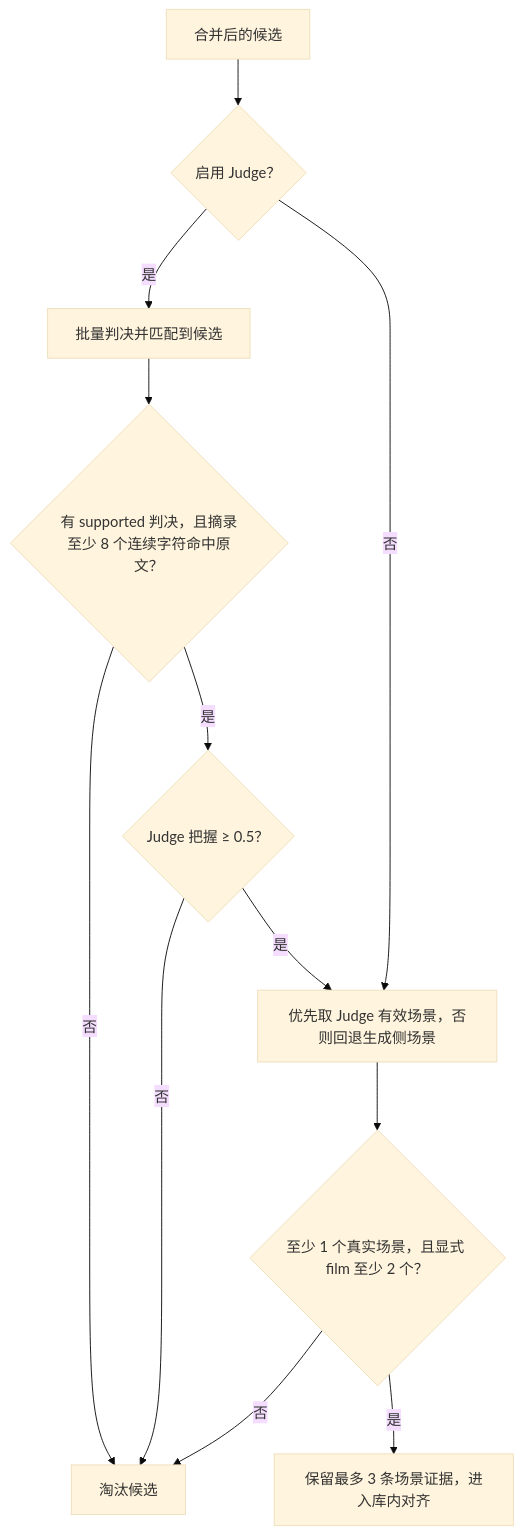
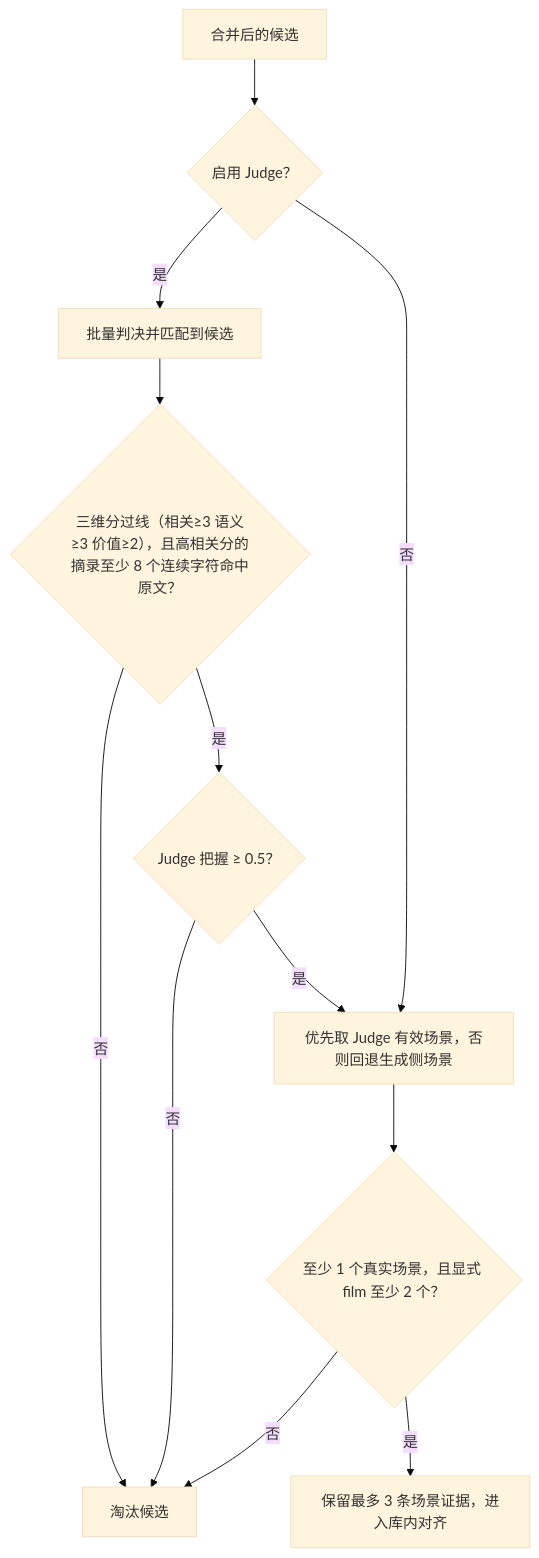
One commit to morning-gu/intelligent-tag-platform changed the second of 3 diagrams in docs/open-tag-generation.md. Above: the diagram before and after it, drawn with Mermaid (base theme). The commit also changed other lines of this file and 2 other files, not shown here.

````diff
--- a/docs/open-tag-generation.md
+++ b/docs/open-tag-generation.md
@@ -111,14 +112,14 @@
 ```mermaid
 flowchart TD
     A["合并后的候选"] --> B{"启用 Judge？"}
     B -->|是| C["批量判决并匹配到候选"]
-    C --> D{"有 supported 判决，且摘录至少 8 个连续字符命中原文？"}
+    C --> D{"三维分过线（相关≥3 语义≥3 价值≥2），且高相关分的摘录至少 8 个连续字符命中原文？"}
     D -->|否| X["淘汰候选"]
     D -->|是| E{"Judge 把握 ≥ 0.5？"}
     E -->|否| X
     E -->|是| F["优先取 Judge 有效场景，否则回退生成侧场景"]
     B -->|否| F
     F --> G{"至少 1 个真实场景，且显式 film 至少 2 个？"}
     G -->|否| X
     G -->|是| H["保留最多 3 条场景证据，进入库内对齐"]
 ```
````
